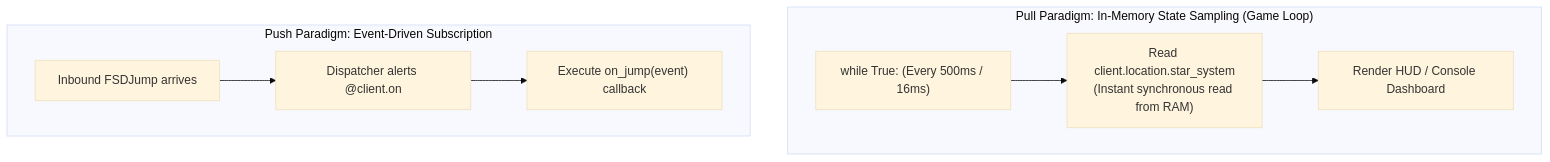
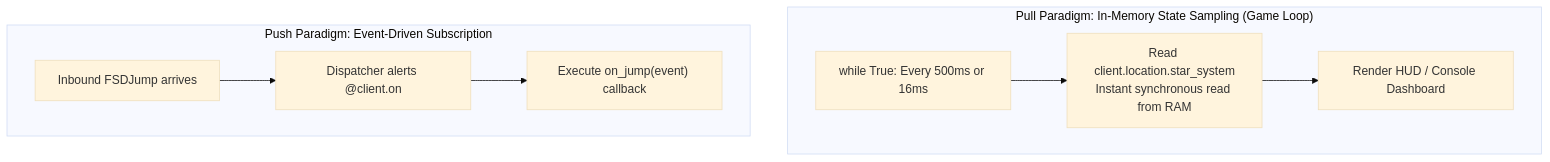
Before and after one commit to mnaatjes/ed-fleet-client: the eighth of 10 diagrams in architecture/notes/event_driven_telemetry_and_state_fundamentals.md, drawn with Mermaid (base theme). The commit also changed other lines of this file, not shown here.

Commit message:
docs(architecture): sanitize mermaid diagram syntax in fundamentals guide

````diff
--- a/architecture/notes/event_driven_telemetry_and_state_fundamentals.md
+++ b/architecture/notes/event_driven_telemetry_and_state_fundamentals.md
@@ -319,12 +319,12 @@
 ```mermaid
 flowchart TD
     subgraph Pull ["Pull Paradigm: In-Memory State Sampling (Game Loop)"]
-        Loop["while True: (Every 500ms / 16ms)"] --> Read["Read client.location.star_system\n(Instant synchronous read from RAM)"]
+        Loop["while True: Every 500ms or 16ms"] --> Read["Read client.location.star_system<br/>Instant synchronous read from RAM"]
         Read --> Render["Render HUD / Console Dashboard"]
     end
 
     subgraph Push ["Push Paradigm: Event-Driven Subscription"]
         Event["Inbound FSDJump arrives"] --> Dispatcher["Dispatcher alerts @client.on"]
         Dispatcher --> Callback["Execute on_jump(event) callback"]
     end
 ```
````
